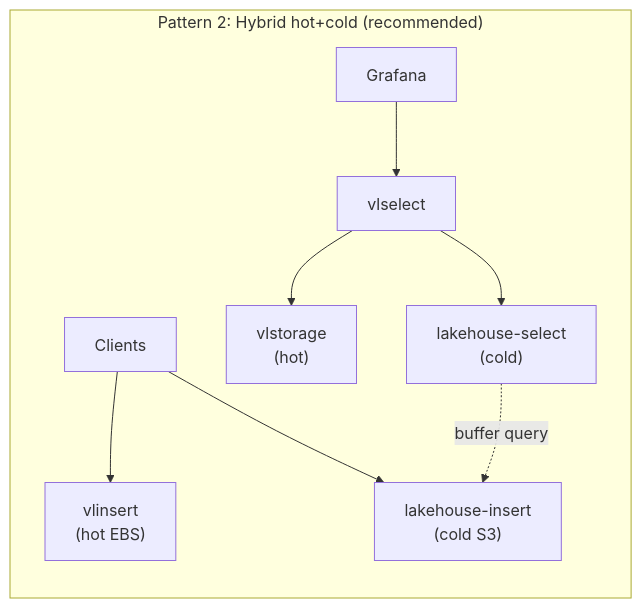
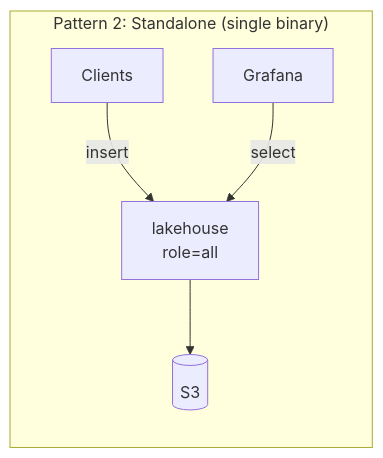
One commit to ReliablyObserve/victoria-lakehouse changed the fifth of 8 diagrams in README.md. Above: the diagram before and after it, drawn with Mermaid. The commit also changed other lines of this file and 5 other files, not shown here.

First line of the commit message:
docs: add deployment architecture, analytics, and use cases

````diff
--- a/README.md
+++ b/README.md
@@ -185,11 +193,8 @@
 ```mermaid
 graph LR
-    subgraph "Pattern 2: Hybrid hot+cold (recommended)"
-        C2["Clients"] --> VLI["vlinsert<br/>(hot EBS)"]
-        C2 --> LHI["lakehouse-insert<br/>(cold S3)"]
-        G2["Grafana"] --> VS2["vlselect"]
-        VS2 --> VLS2["vlstorage<br/>(hot)"]
-        VS2 --> LHS["lakehouse-select<br/>(cold)"]
-        LHS -.->|buffer query| LHI
+    subgraph "Pattern 2: Standalone (single binary)"
+        C2["Clients"] -->|insert| LH2["lakehouse<br/>role=all"]
+        G2["Grafana"] -->|select| LH2
+        LH2 --> S2[("S3")]
     end
 ```
````
